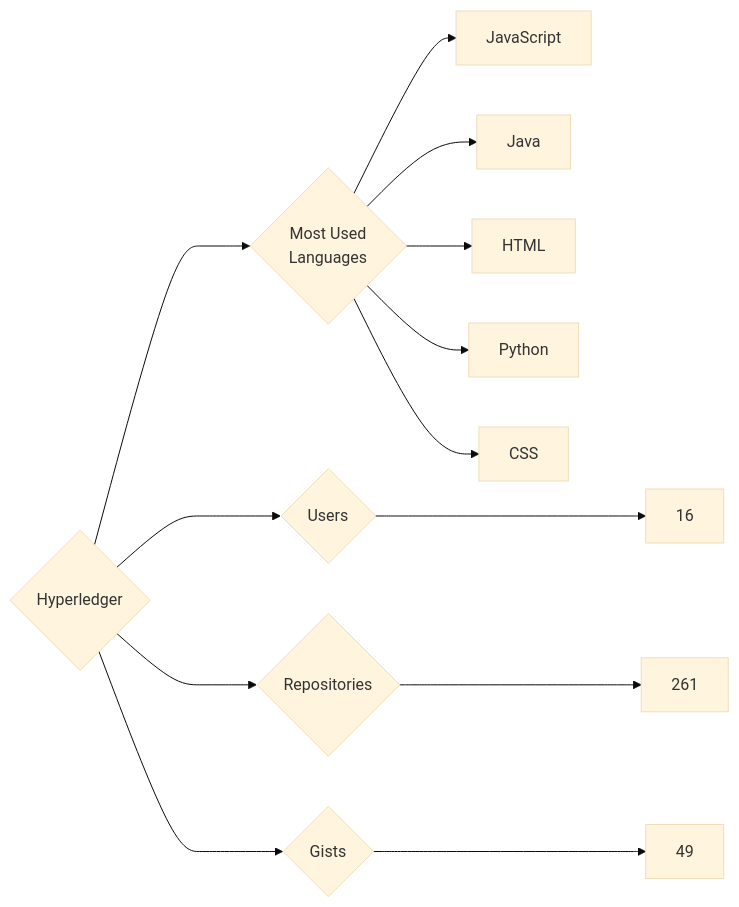
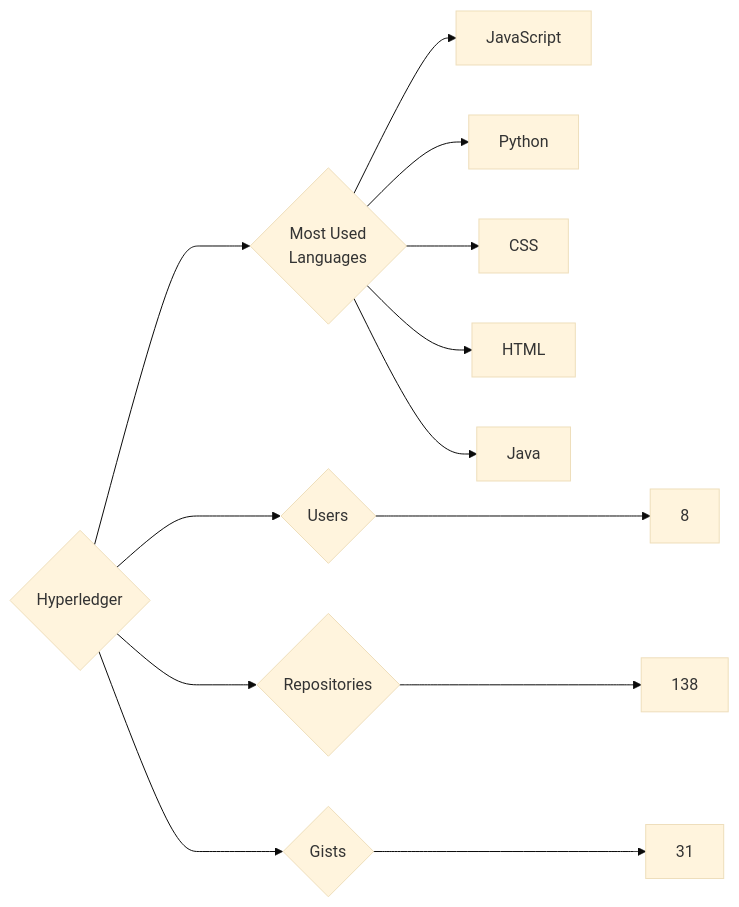
Before and after one commit to trickest/insiders: the diagram in targets/Hyperledger/README.md, drawn with Mermaid (base theme). The commit also changed 988 other files, not shown here.

````diff
--- a/targets/Hyperledger/README.md
+++ b/targets/Hyperledger/README.md
@@ -3,13 +3,13 @@
 ```mermaid
 graph LR
 COMPANY_NAME{Hyperledger}
-COMPANY_NAME ---> U{Users} ---> UN[16]
-COMPANY_NAME ---> R{Repositories} ---> RN[261]
-COMPANY_NAME ---> G{Gists} ---> GN[49]
+COMPANY_NAME ---> U{Users} ---> UN[8]
+COMPANY_NAME ---> R{Repositories} ---> RN[138]
+COMPANY_NAME ---> G{Gists} ---> GN[31]
 COMPANY_NAME ---> ML{Most Used<br>Languages}
 ML --> JavaScript[JavaScript]
-ML --> Java[Java]
-ML --> HTML[HTML]
 ML --> Python[Python]
 ML --> CSS[CSS]
+ML --> HTML[HTML]
+ML --> Java[Java]
 ```
````
